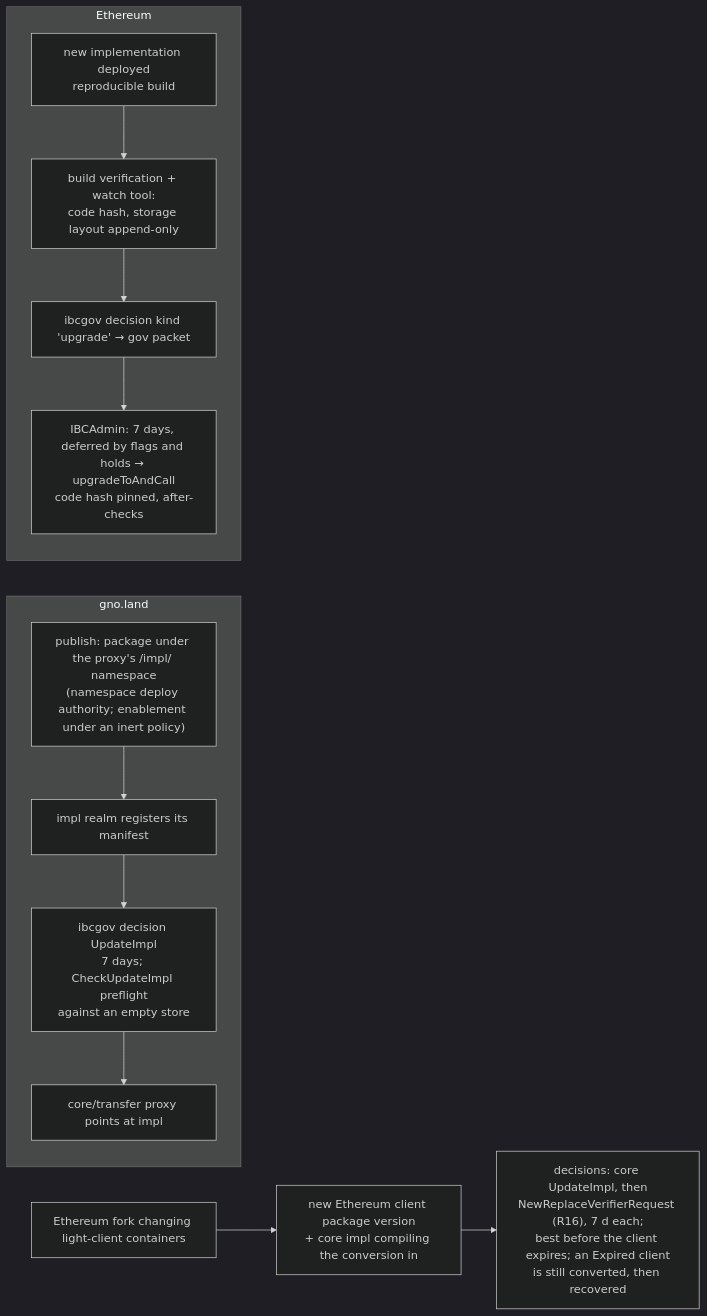
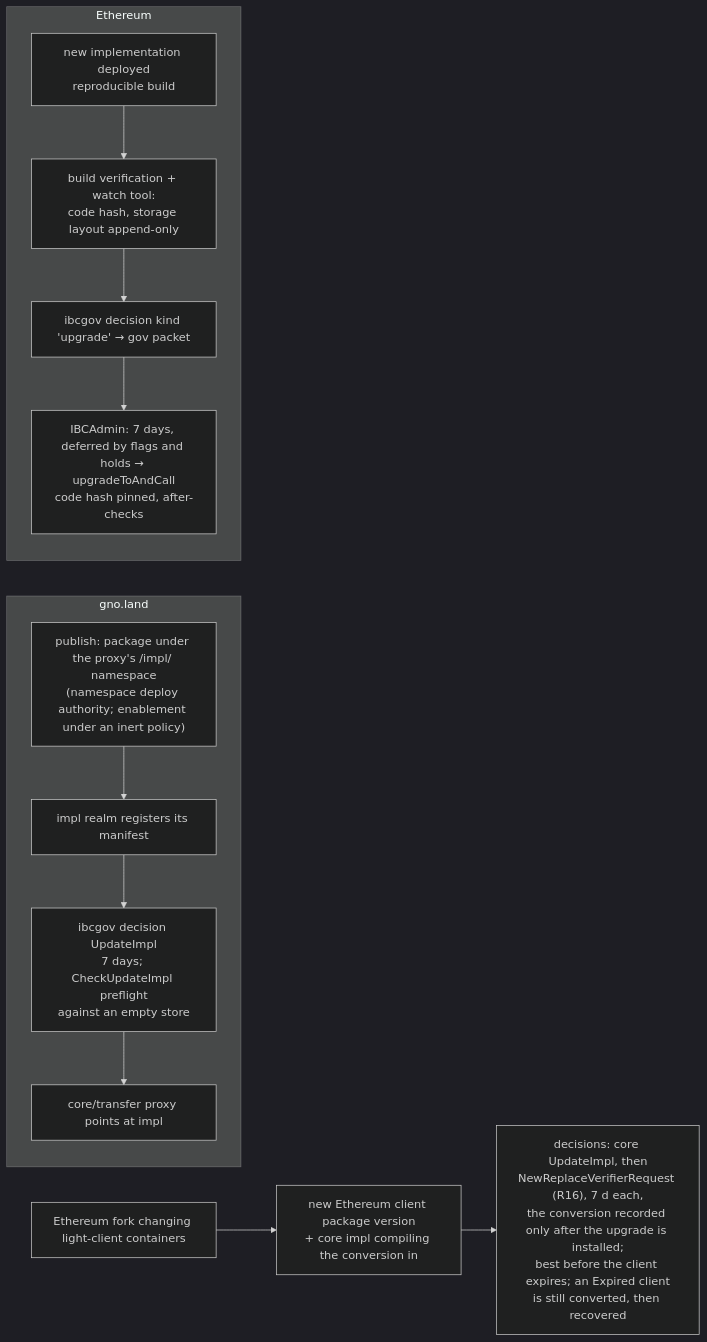
Diagram 13 of 13 in gno.land/adr/pr6375_ibc_ethereum.md (gnolang/gno), drawn with Mermaid (dark theme) before and after one commit. The commit also changed other lines of this file, not shown here.

First line of the commit message:
docs(adr): halt decisions a broken executor cannot answer and order verifier conversions

````diff
--- a/gno.land/adr/pr6375_ibc_ethereum.md
+++ b/gno.land/adr/pr6375_ibc_ethereum.md
@@ -801,12 +811,12 @@
 ```mermaid
 flowchart LR
   subgraph GNOUP[gno.land]
     P0["publish: package under the proxy's /impl/ namespace<br/>(namespace deploy authority; enablement under an inert policy)"] --> P1[impl realm registers its manifest] --> P2["ibcgov decision UpdateImpl<br/>7 days; CheckUpdateImpl preflight<br/>against an empty store"] --> P3[core/transfer proxy points at impl]
   end
   subgraph ETHUP[Ethereum]
     U1[new implementation deployed<br/>reproducible build] --> U2[build verification + watch tool:<br/>code hash, storage layout append-only]
     U2 --> U3[ibcgov decision kind 'upgrade' → gov packet]
     U3 --> U4[IBCAdmin: 7 days, deferred by flags and holds → upgradeToAndCall<br/>code hash pinned, after-checks]
   end
-  F[Ethereum fork changing light-client containers] --> L1["new Ethereum client package version<br/>+ core impl compiling the conversion in"] --> L2["decisions: core UpdateImpl, then<br/>NewReplaceVerifierRequest (R16), 7 d each;<br/>best before the client expires; an Expired client<br/>is still converted, then recovered"]
+  F[Ethereum fork changing light-client containers] --> L1["new Ethereum client package version<br/>+ core impl compiling the conversion in"] --> L2["decisions: core UpdateImpl, then<br/>NewReplaceVerifierRequest (R16), 7 d each,<br/>the conversion recorded only after the upgrade is installed;<br/>best before the client expires; an Expired client<br/>is still converted, then recovered"]
 ```
````
